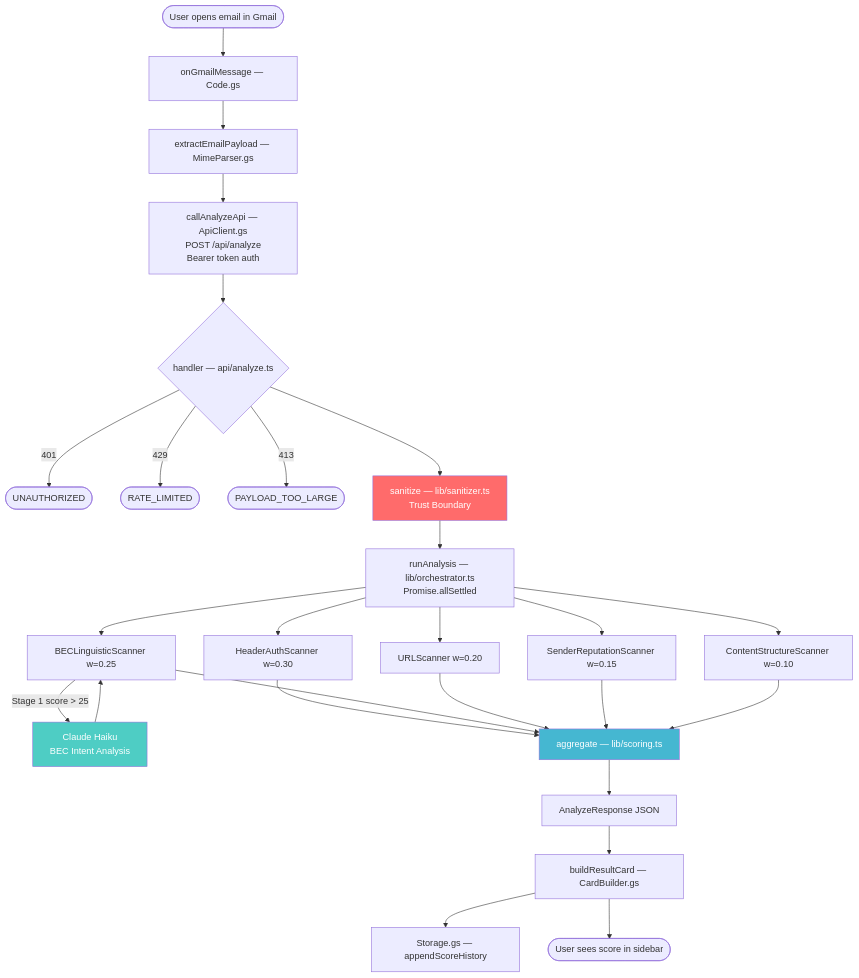
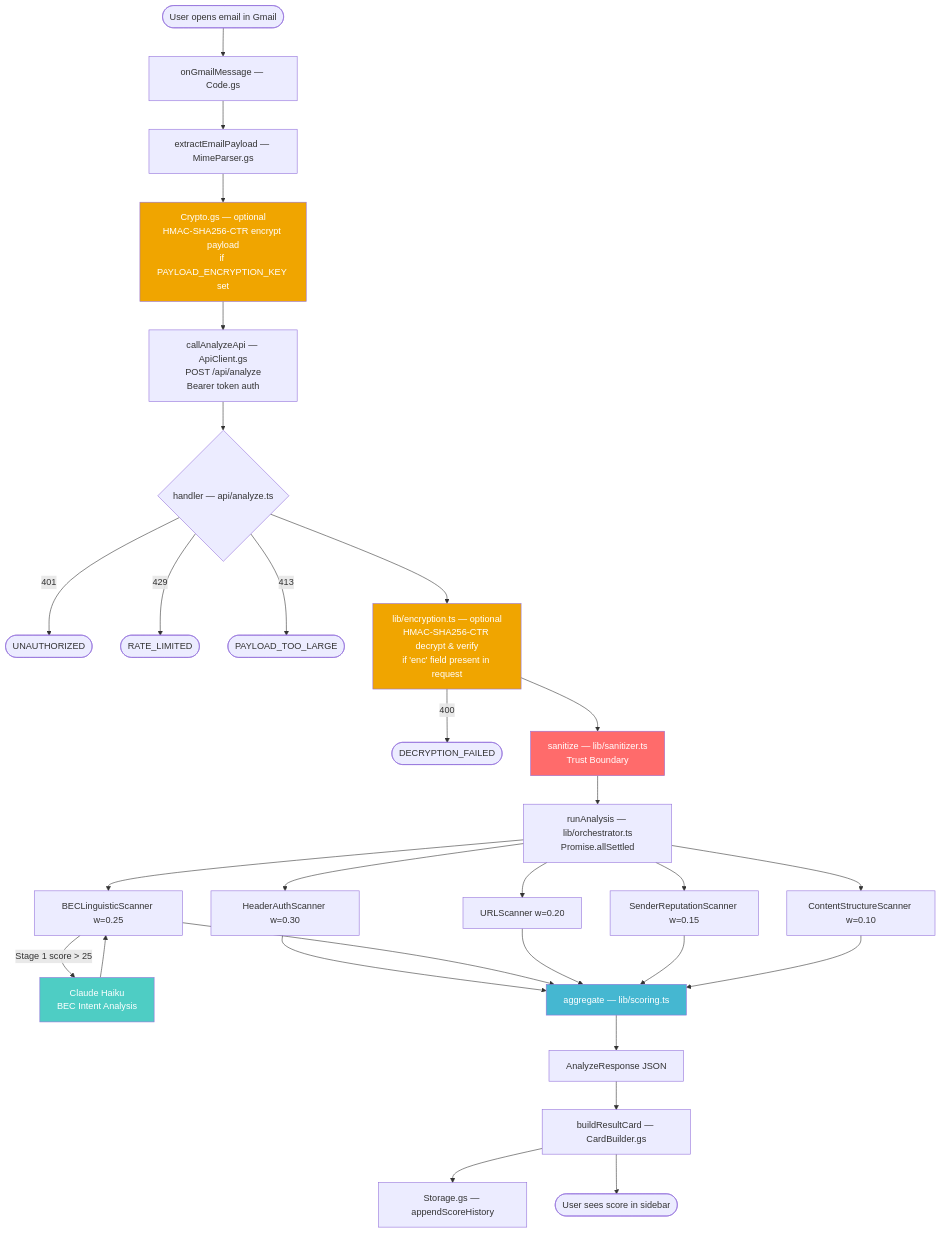
The diagram in README.md (Guysu123/email-security-scorer), drawn with Mermaid before and after one commit. The commit also changed other lines of this file, not shown here.

First line of the commit message:
docs: surface optional payload encryption more prominently in README

````diff
--- a/README.md
+++ b/README.md
@@ -84,33 +87,38 @@
 ```mermaid
 flowchart TD
     A([User opens email in Gmail]) --> B[onGmailMessage — Code.gs]
     B --> C[extractEmailPayload — MimeParser.gs]
-    C --> D[callAnalyzeApi — ApiClient.gs\nPOST /api/analyze\nBearer token auth]
+    C --> ENC[Crypto.gs — optional\nHMAC-SHA256-CTR encrypt payload\nif PAYLOAD_ENCRYPTION_KEY set]
+    ENC --> D[callAnalyzeApi — ApiClient.gs\nPOST /api/analyze\nBearer token auth]
 
     D --> E{handler — api/analyze.ts}
     E -->|401| ERR1([UNAUTHORIZED])
     E -->|429| ERR2([RATE_LIMITED])
     E -->|413| ERR3([PAYLOAD_TOO_LARGE])
 
-    E --> F[sanitize — lib/sanitizer.ts\nTrust Boundary]
+    E --> DEC[lib/encryption.ts — optional\nHMAC-SHA256-CTR decrypt & verify\nif 'enc' field present in request]
+    DEC -->|400| ERR4([DECRYPTION_FAILED])
+    DEC --> F[sanitize — lib/sanitizer.ts\nTrust Boundary]
     F --> G[runAnalysis — lib/orchestrator.ts\nPromise.allSettled]
 
     G --> H1[HeaderAuthScanner w=0.30]
     G --> H2[BECLinguisticScanner w=0.25]
     G --> H3[URLScanner w=0.20]
     G --> H4[SenderReputationScanner w=0.15]
     G --> H5[ContentStructureScanner w=0.10]
 
     H2 -->|Stage 1 score > 25| LLM[Claude Haiku\nBEC Intent Analysis]
     LLM --> H2
 
     H1 & H2 & H3 & H4 & H5 --> I[aggregate — lib/scoring.ts]
     I --> J[AnalyzeResponse JSON]
     J --> K[buildResultCard — CardBuilder.gs]
     K --> M[Storage.gs — appendScoreHistory]
     K --> L([User sees score in sidebar])
 
     style F fill:#ff6b6b,color:#fff
     style LLM fill:#4ecdc4,color:#fff
     style I fill:#45b7d1,color:#fff
+    style ENC fill:#f0a500,color:#fff
+    style DEC fill:#f0a500,color:#fff
 ```
````
